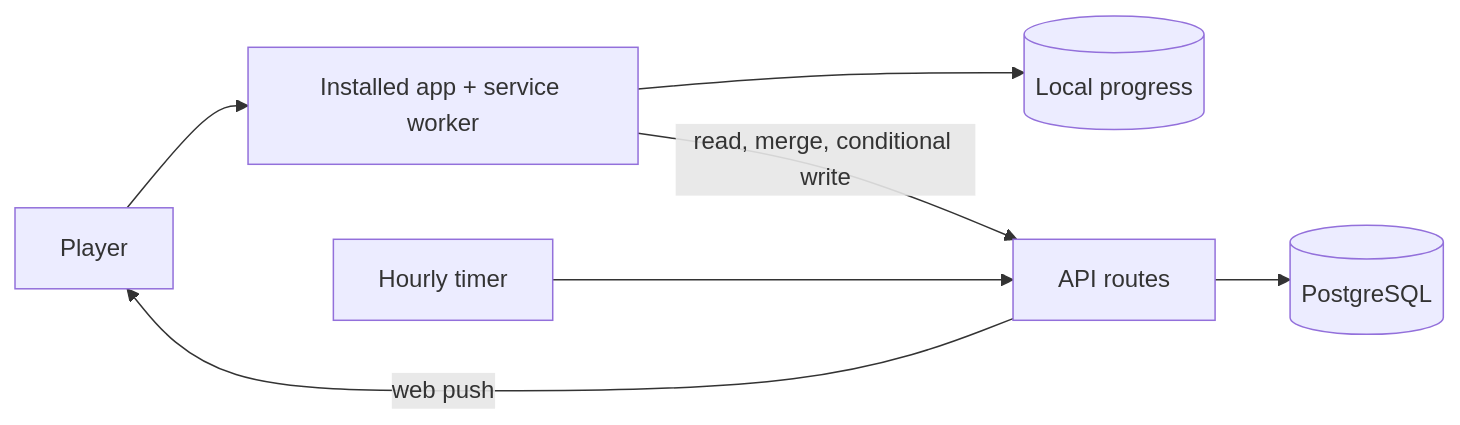
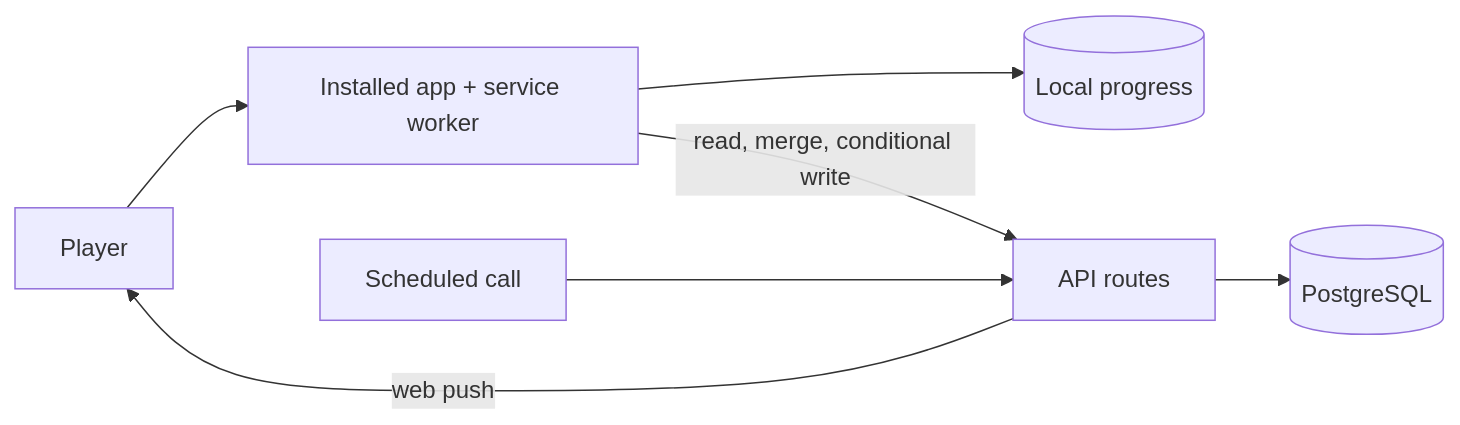
One commit to Fockus26/world-flags changed the diagram in README.md. Above: the diagram before and after it, drawn with Mermaid. The commit also changed other lines of this file and 9 other files, not shown here.

````diff
--- a/README.md
+++ b/README.md
@@ -37,9 +39,9 @@
 ```mermaid
 flowchart LR
   Player[Player] --> App[Installed app + service worker]
   App --> Local[(Local progress)]
   App -- read, merge, conditional write --> API[API routes]
   API --> DB[(PostgreSQL)]
-  Timer[Hourly timer] --> API
+  Timer[Scheduled call] --> API
   API -- web push --> Player
 ```
````
